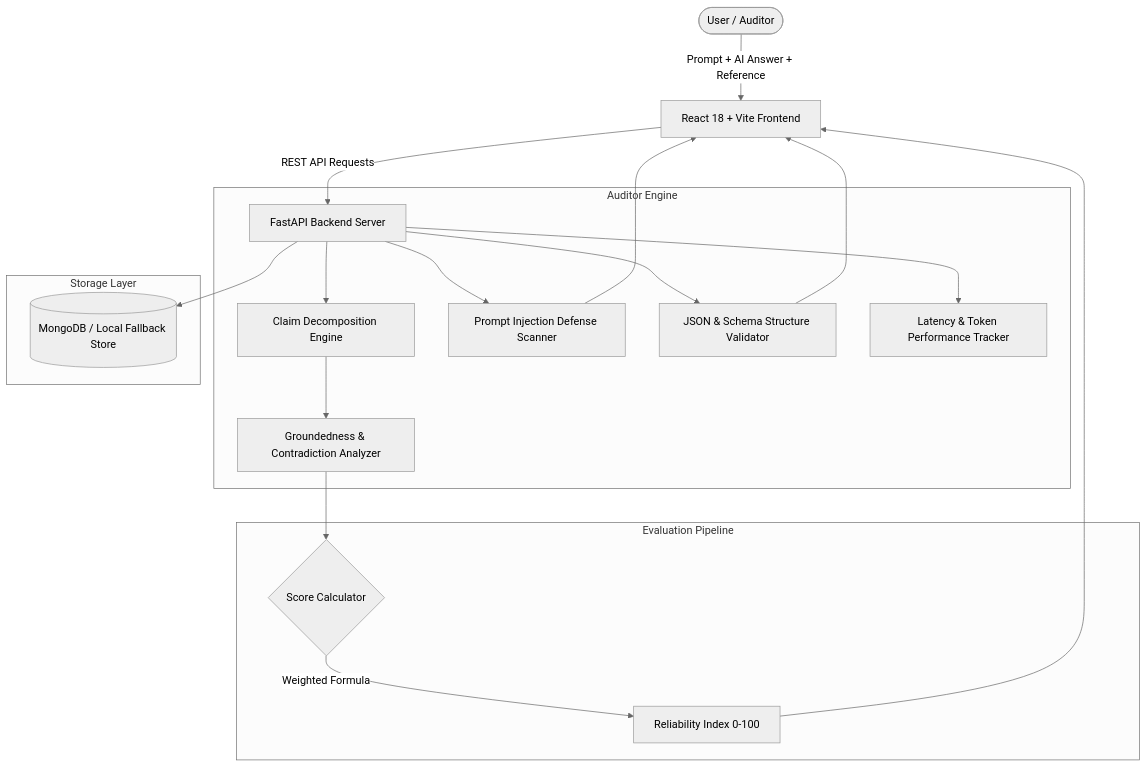
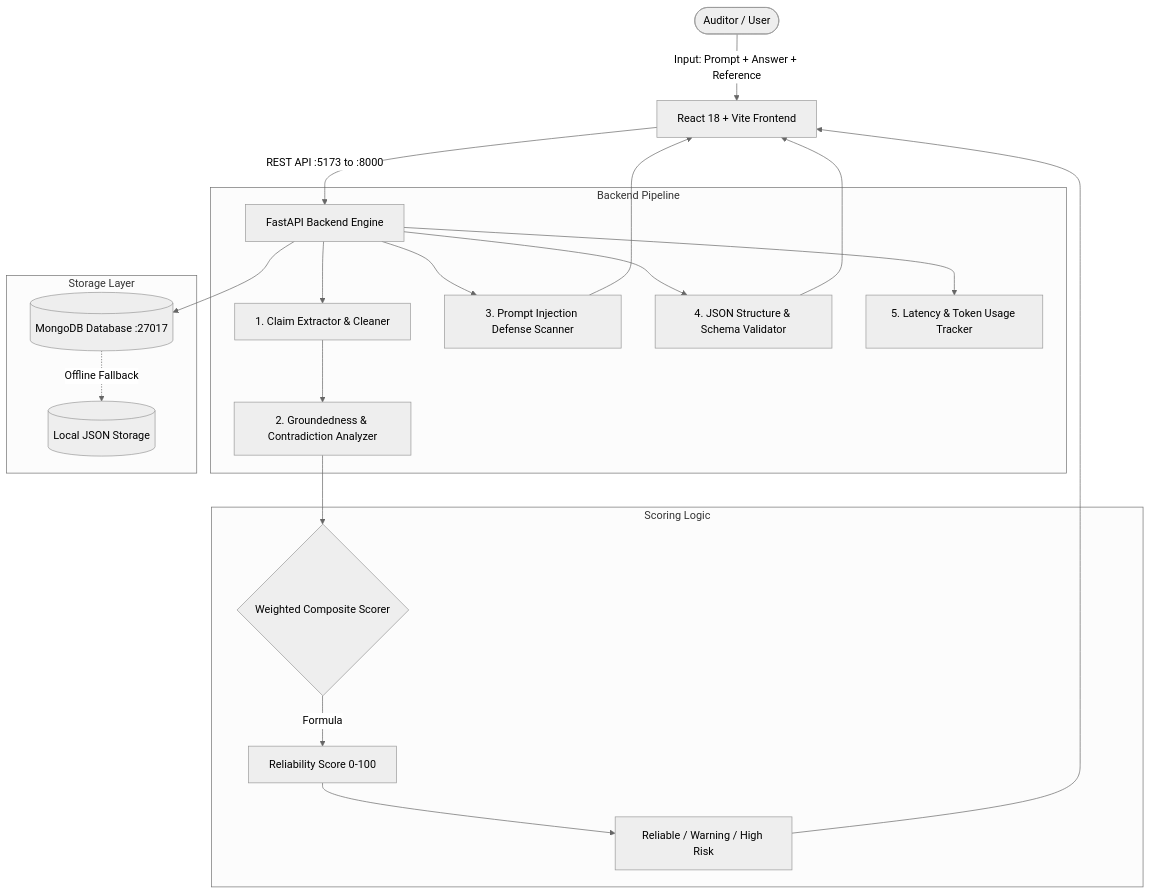
One commit to yadavcmeghasyam/project changed the diagram in README.md. Above: the diagram before and after it, drawn with Mermaid (neutral theme). The commit also changed other lines of this file and 47 other files, not shown here.

Commit message:
Initial commit: TrustLens AI - Intelligent AI Response Reliability Auditor

````diff
--- a/README.md
+++ b/README.md
@@ -22,26 +66,28 @@
 ```mermaid
 flowchart TD
-    User([User / Auditor]) -->|Prompt + AI Answer + Reference| FE[React 18 + Vite Frontend]
-    FE -->|REST API Requests| BE[FastAPI Backend Server]
-    
-    subgraph Auditor Engine
-        BE --> CE[Claim Decomposition Engine]
-        CE --> HE[Groundedness & Contradiction Analyzer]
-        BE --> PI[Prompt Injection Defense Scanner]
-        BE --> JV[JSON & Schema Structure Validator]
-        BE --> PM[Latency & Token Performance Tracker]
+    User([Auditor / User]) -->|Input: Prompt + Answer + Reference| FE[React 18 + Vite Frontend]
+    FE -->|REST API :5173 to :8000| BE[FastAPI Backend Engine]
+
+    subgraph Backend Pipeline
+        BE --> CE[1. Claim Extractor & Cleaner]
+        CE --> HE[2. Groundedness & Contradiction Analyzer]
+        BE --> PI[3. Prompt Injection Defense Scanner]
+        BE --> JV[4. JSON Structure & Schema Validator]
+        BE --> PM[5. Latency & Token Usage Tracker]
     end
 
-    subgraph Evaluation Pipeline
-        HE --> SC{Score Calculator}
-        SC -->|Weighted Formula| RS[Reliability Index 0-100]
+    subgraph Scoring Logic
+        HE --> SC{Weighted Composite Scorer}
+        SC -->|Formula| RIndex[Reliability Score 0-100]
+        RIndex --> Tier[Reliable / Warning / High Risk]
     end
 
     subgraph Storage Layer
-        BE --> DB[(MongoDB / Local Fallback Store)]
+        BE --> DB[(MongoDB Database :27017)]
+        DB -.->|Offline Fallback| LocalStore[(Local JSON Storage)]
     end
 
-    RS --> FE
+    Tier --> FE
     PI --> FE
     JV --> FE
 ```
````
